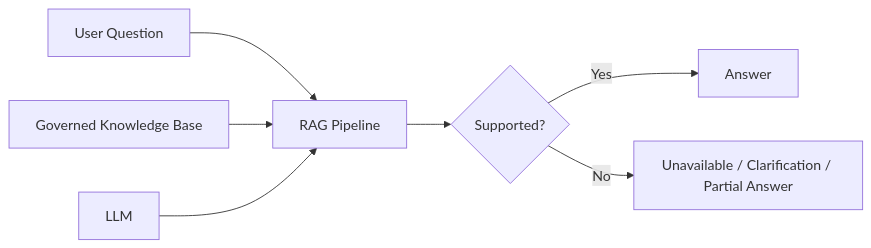
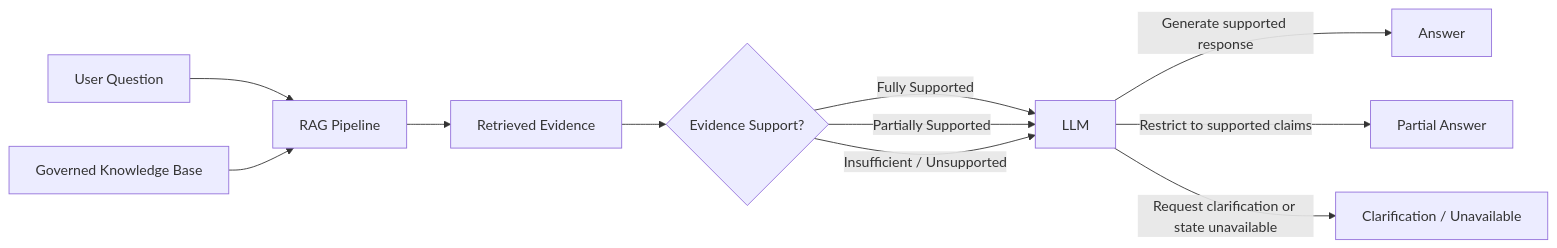
The second of 33 diagrams in docs/ARCHITECTURE.md (AdithyaGopakumar/Advanced-RAG-Banking), drawn with Mermaid before and after one commit. The commit also changed other lines of this file, not shown here.

Commit message:
Minor fixes in Architecture diagram.

````diff
--- a/docs/ARCHITECTURE.md
+++ b/docs/ARCHITECTURE.md
@@ -85,9 +85,16 @@
 ``` mermaid
 flowchart LR
     User["User Question"] --> RAG["RAG Pipeline"]
     KB["Governed Knowledge Base"] --> RAG
-    LLM["LLM"] --> RAG
-    RAG --> Decision{"Supported?"}
-    Decision -->|Yes| Answer["Answer"]
-    Decision -->|No| Safe["Unavailable / Clarification / Partial Answer"]
+
+    RAG --> Evidence["Retrieved Evidence"]
+    Evidence --> Decision{"Evidence Support?"}
+
+    Decision -->|Fully Supported| LLM["LLM"]
+    Decision -->|Partially Supported| LLM
+    Decision -->|Insufficient / Unsupported| LLM
+
+    LLM -->|Generate supported response| Answer["Answer"]
+    LLM -->|Restrict to supported claims| Partial["Partial Answer"]
+    LLM -->|Request clarification or state unavailable| Safe["Clarification / Unavailable"]
 ```
````
